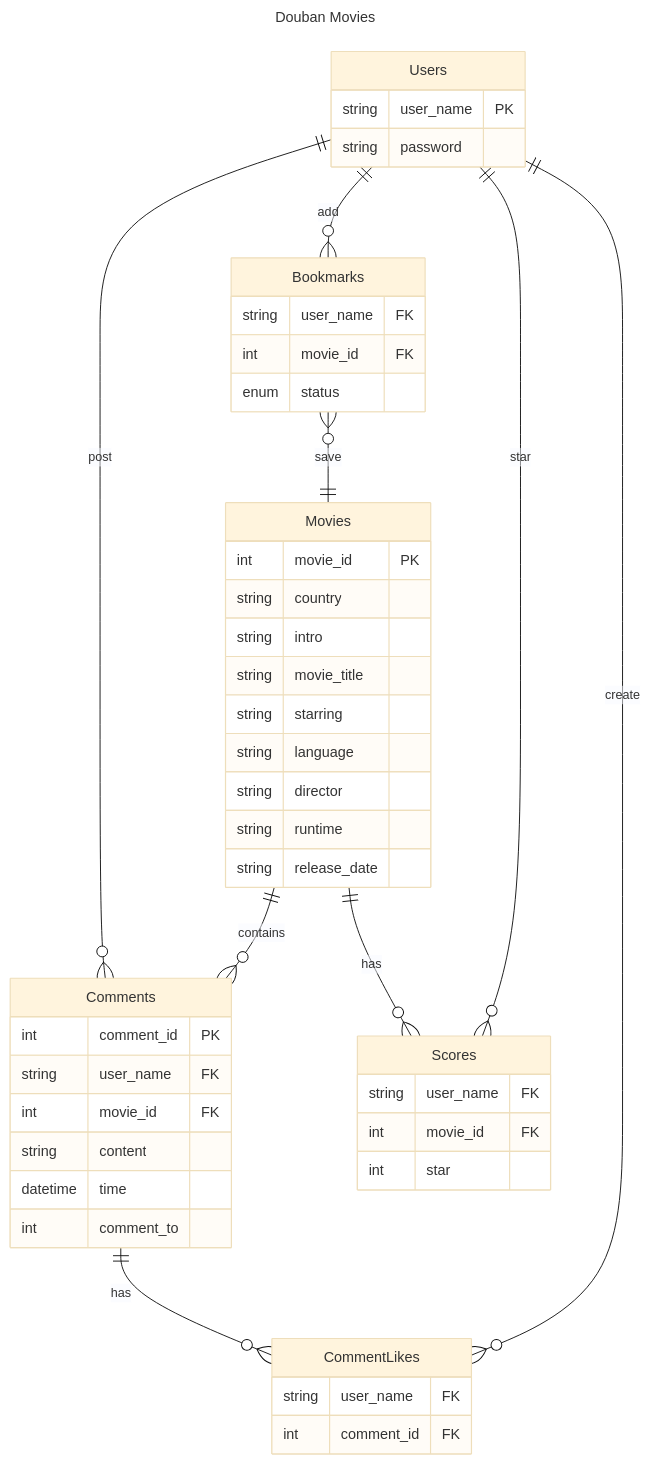
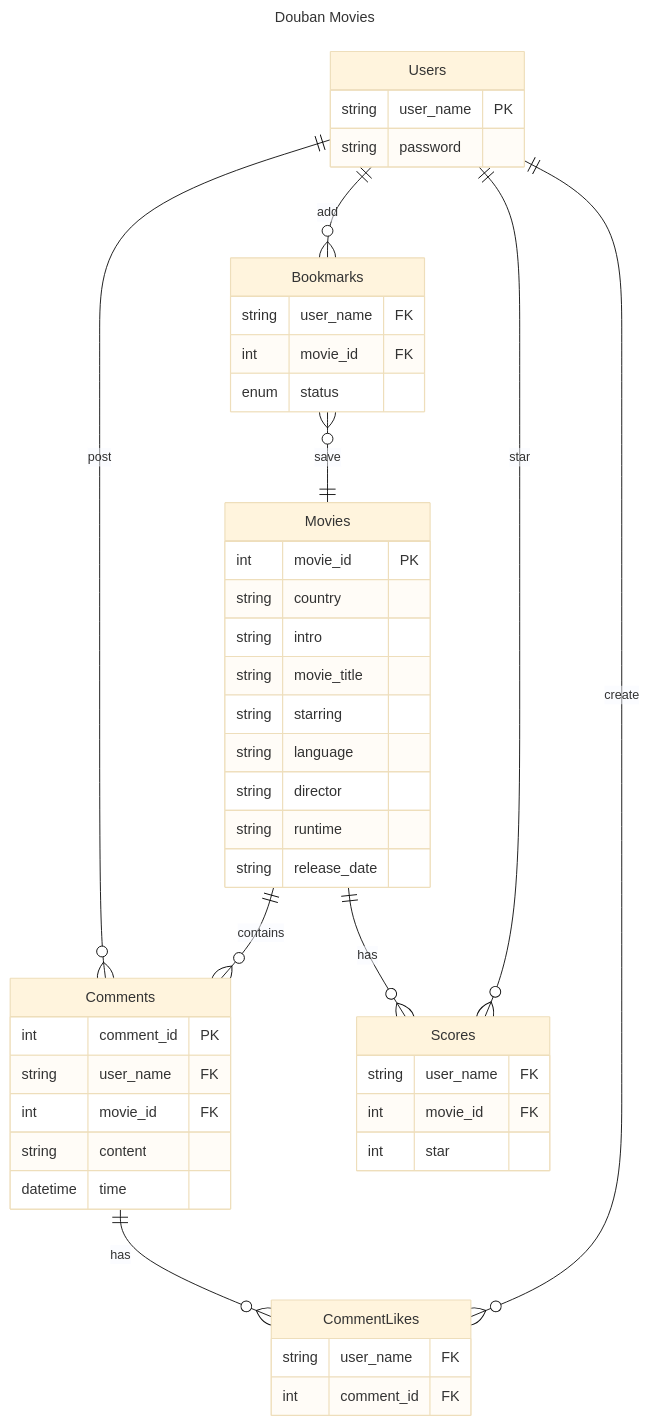
One commit to KelvinQiu802/douban-comp2013j-server changed the diagram in README.md. Above: the diagram before and after it, drawn with Mermaid (base theme).

Commit message:
docs: remove comment to

````diff
--- a/README.md
+++ b/README.md
@@ -18,57 +18,56 @@
 ```mermaid
 ---
 title: Douban Movies
 ---
 erDiagram
 		Movies ||--o{ Comments : contains
 		Comments ||--o{ CommentLikes : has
 		Users ||--o{ Comments : post
 		Users ||--o{ Bookmarks : add
 		Bookmarks }o--|| Movies : save
 		Users ||--o{ Scores : star
 		Movies ||--o{ Scores : has
 		Users ||--o{ CommentLikes : create
 
 		Movies {
 			int movie_id PK
 			string country
 			string intro
 			string movie_title
 			string starring
 			string language
 			string director
 			string runtime
 			string release_date
 		}
 		
 		Users {
 			string user_name PK
 			string password
 		}
 		
 		Scores {
 			string user_name FK
 			int movie_id FK
 			int star
 		}
 		
 		Bookmarks {
 			string user_name FK
 			int movie_id FK
 			enum status
 		}
 		
 		Comments {
 			int comment_id PK
 			string user_name FK
 			int movie_id FK
 			string content
 			datetime time
-			int comment_to
 		}
 		
 		CommentLikes {
 			string user_name FK
 			int comment_id FK
 		}
 ```
````
